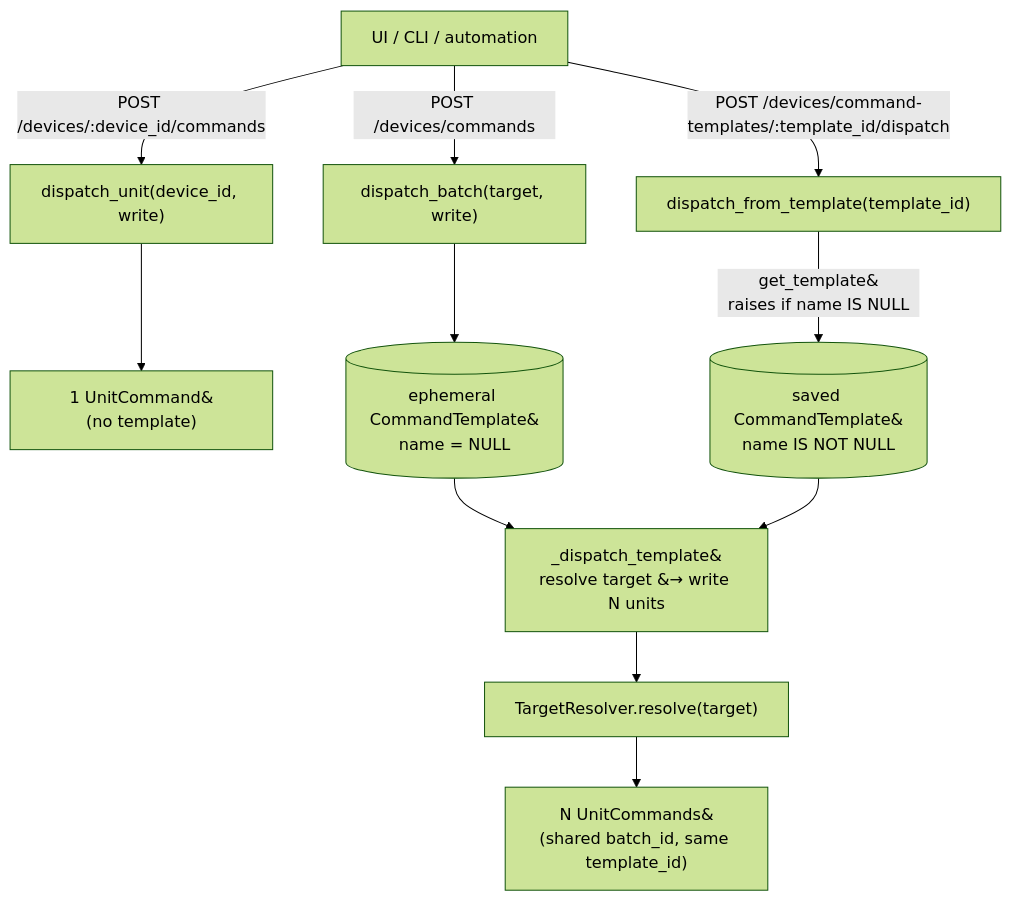
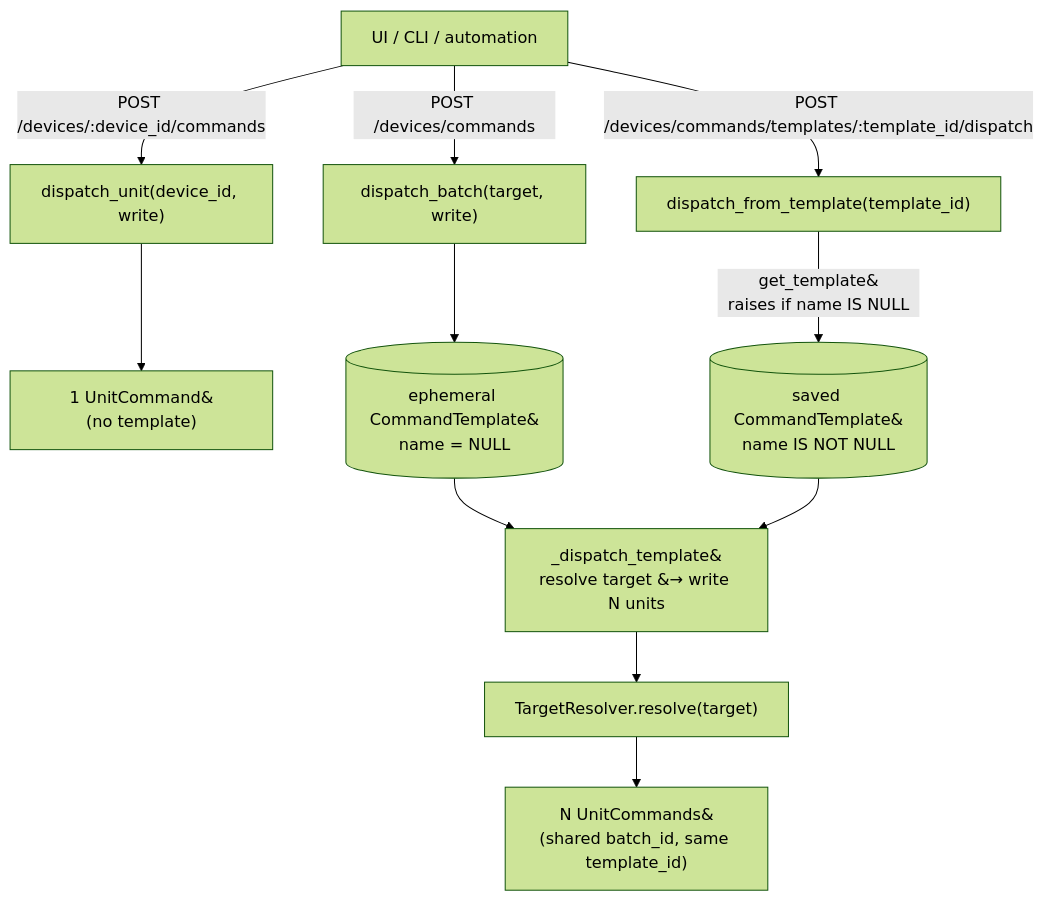
One commit to Agrid-Dev/gridone changed the second of 2 diagrams in packages/commands/README.md. Above: the diagram before and after it, drawn with Mermaid (forest theme). The commit also changed other lines of this file and 6 other files, not shown here.

First line of the commit message:
refactor(api): nest command-template routes under /commands/templates (AGR-533)

````diff
--- a/packages/commands/README.md
+++ b/packages/commands/README.md
@@ -70,18 +70,18 @@
 ```mermaid
 flowchart TD
     UI[UI / CLI / automation]
 
     UI -->|"POST /devices/:device_id/commands"| DU["dispatch_unit(device_id, write)"]
     UI -->|"POST /devices/commands"| DB["dispatch_batch(target, write)"]
-    UI -->|"POST /devices/command-templates/:template_id/dispatch"| DFT["dispatch_from_template(template_id)"]
+    UI -->|"POST /devices/commands/templates/:template_id/dispatch"| DFT["dispatch_from_template(template_id)"]
 
     DU --> UC1["1 UnitCommand&#10;(no template)"]
     DB --> EPH[(ephemeral CommandTemplate&#10;name = NULL)]
     EPH --> CORE
     DFT -->|"get_template&#10;raises if name IS NULL"| SAVED[(saved CommandTemplate&#10;name IS NOT NULL)]
     SAVED --> CORE
 
     CORE["_dispatch_template&#10;resolve target &#8594; write N units"]
     CORE --> RES["TargetResolver.resolve(target)"]
     RES --> UCN["N UnitCommands&#10;(shared batch_id, same template_id)"]
 ```
````
